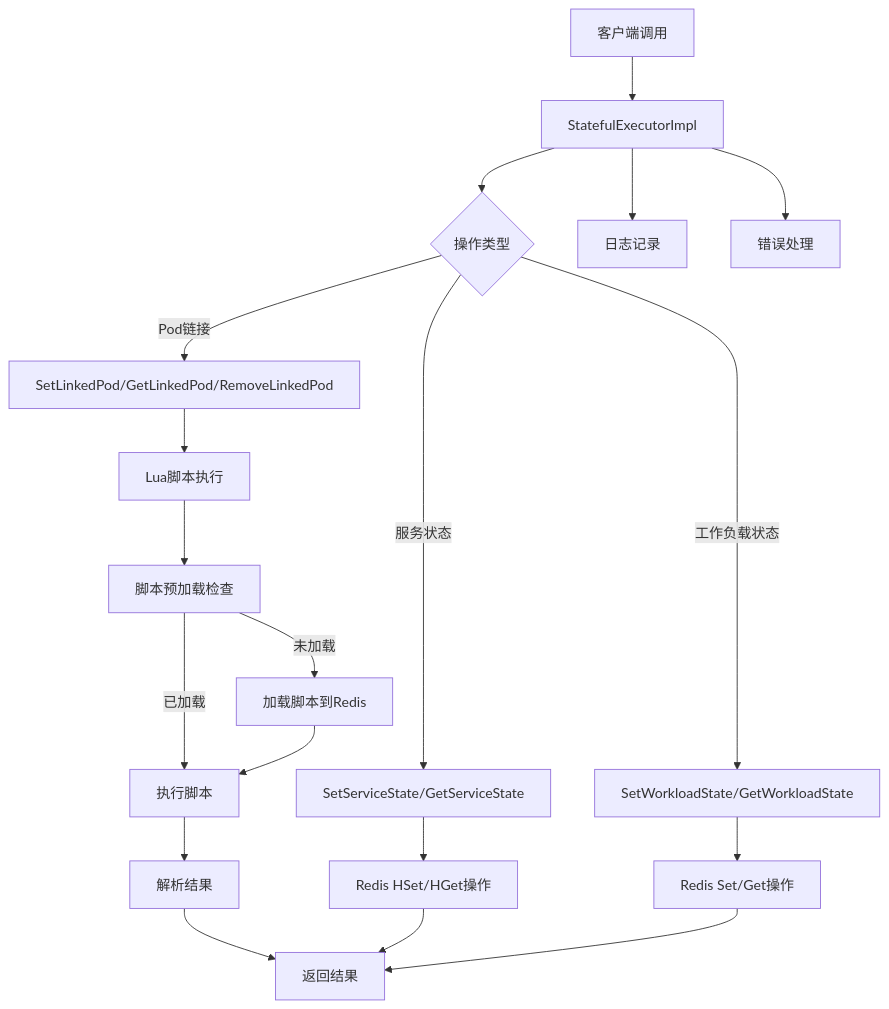
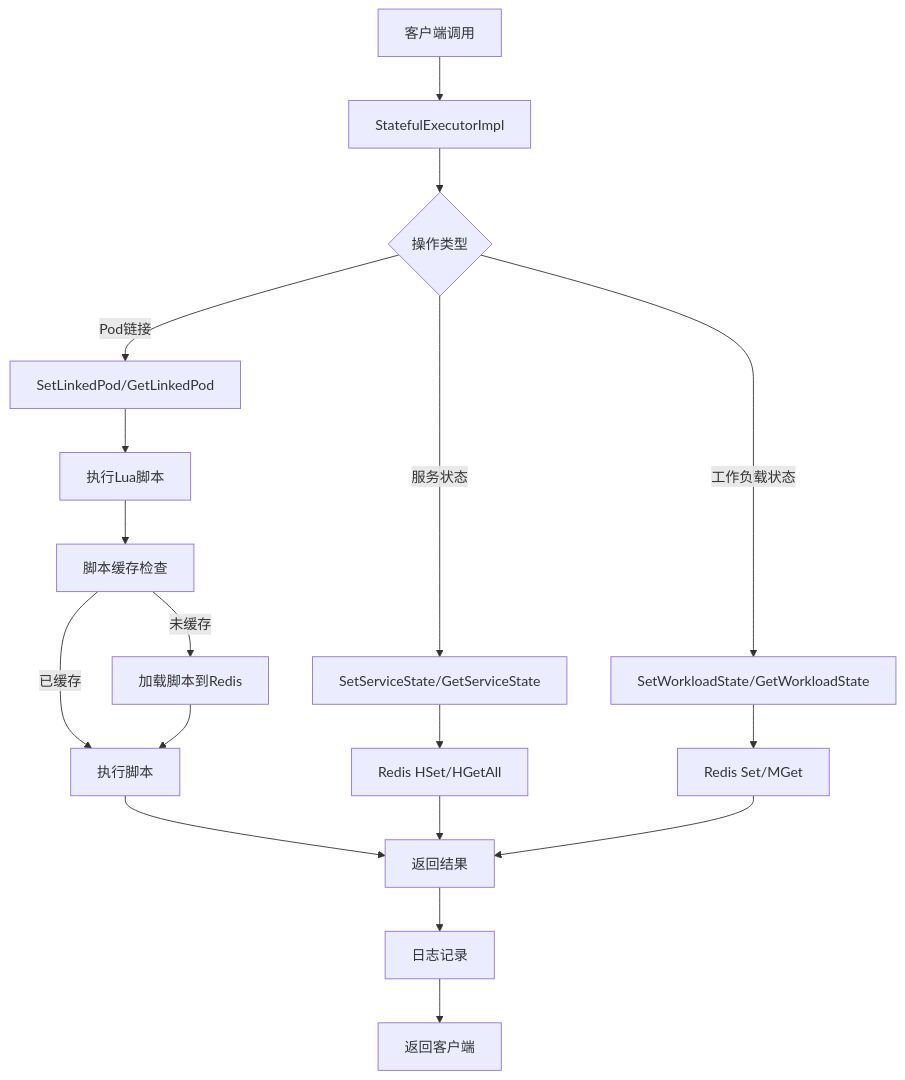
Before and after one commit to HZ00M/homo-go: the second of 2 diagrams in route/todo/executor/todolist.md, drawn with Mermaid. The commit also changed other lines of this file and 25 other files, not shown here.

````diff
--- a/route/todo/executor/todolist.md
+++ b/route/todo/executor/todolist.md
@@ -125,27 +115,26 @@
 ```mermaid
 flowchart TD
     A[客户端调用] --> B[StatefulExecutorImpl]
     B --> C{操作类型}
     
     C -->|服务状态| D[SetServiceState/GetServiceState]
     C -->|工作负载状态| E[SetWorkloadState/GetWorkloadState]
-    C -->|Pod链接| F[SetLinkedPod/GetLinkedPod/RemoveLinkedPod]
+    C -->|Pod链接| F[SetLinkedPod/GetLinkedPod]
     
-    D --> G[Redis HSet/HGet操作]
-    E --> H[Redis Set/Get操作]
-    F --> I[Lua脚本执行]
+    D --> G[Redis HSet/HGetAll]
+    E --> H[Redis Set/MGet]
+    F --> I[执行Lua脚本]
     
-    I --> J[脚本预加载检查]
-    J -->|未加载| K[加载脚本到Redis]
-    J -->|已加载| L[执行脚本]
+    I --> J[脚本缓存检查]
+    J -->|未缓存| K[加载脚本到Redis]
+    J -->|已缓存| L[执行脚本]
     
     K --> L
-    L --> M[解析结果]
-    M --> N[返回结果]
+    L --> M[返回结果]
     
-    G --> N
-    H --> N
+    G --> M
+    H --> M
     
-    B --> O[日志记录]
-    B --> P[错误处理]
+    M --> N[日志记录]
+    N --> O[返回客户端]
 ```
````
